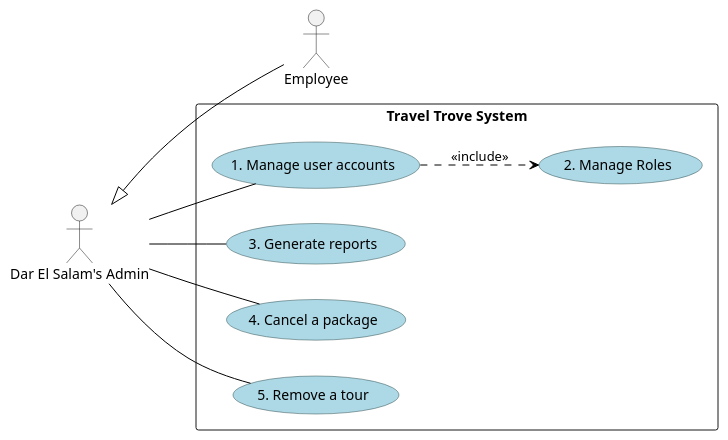
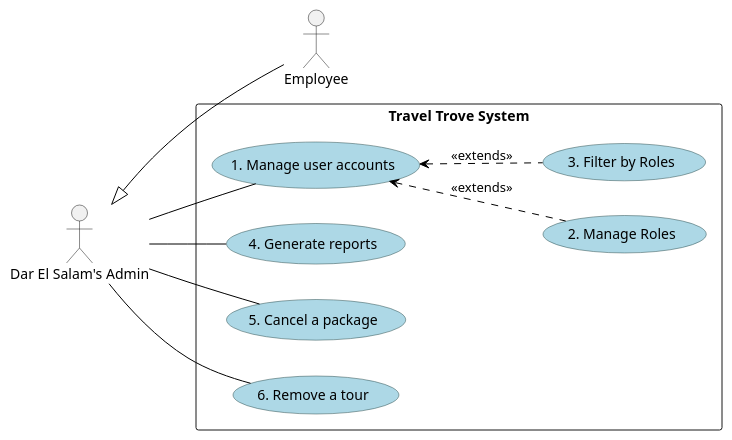
One commit to Hares-2088/TravelTrove changed the diagram in diagrams/FinalVersionDocuments/UseCases/FullUseCases/Admin/FullUsecaseAdmin.puml. Above: the diagram before and after it, drawn with PlantUML. The commit also changed 17 other files, not shown here.

```diff
--- a/diagrams/FinalVersionDocuments/UseCases/FullUseCases/Admin/FullUsecaseAdmin.puml
+++ b/diagrams/FinalVersionDocuments/UseCases/FullUseCases/Admin/FullUsecaseAdmin.puml
@@ -1,31 +1,33 @@
 @startuml
 
 left to right direction
 
 skinparam usecase {
     BackgroundColor lightblue
     BorderColor DarkSlateGray
     ArrowColor Black
 }
 
 actor "Dar El Salam's Admin" as Admin
 
 rectangle "Travel Trove System" {
 
     usecase "1. Manage user accounts"
     usecase "2. Manage Roles"
-    usecase "3. Generate reports"
-    usecase "4. Cancel a package"
-    usecase "5. Remove a tour"
+    usecase "3. Filter by Roles"
+    usecase "4. Generate reports"
+    usecase "5. Cancel a package"
+    usecase "6. Remove a tour"
 
 }
 
-"1. Manage user accounts" ..> "2. Manage Roles" : <<include>>
+"1. Manage user accounts" <.. "2. Manage Roles" : <<extends>>
+"1. Manage user accounts" <.. "3. Filter by Roles" : <<extends>>
 Admin <|-- Employee
 Admin -- "1. Manage user accounts"
-Admin -- "3. Generate reports"
-Admin -- "4. Cancel a package"
-Admin -- "5. Remove a tour"
+Admin -- "4. Generate reports"
+Admin -- "5. Cancel a package"
+Admin -- "6. Remove a tour"
 
 
 @enduml
```
